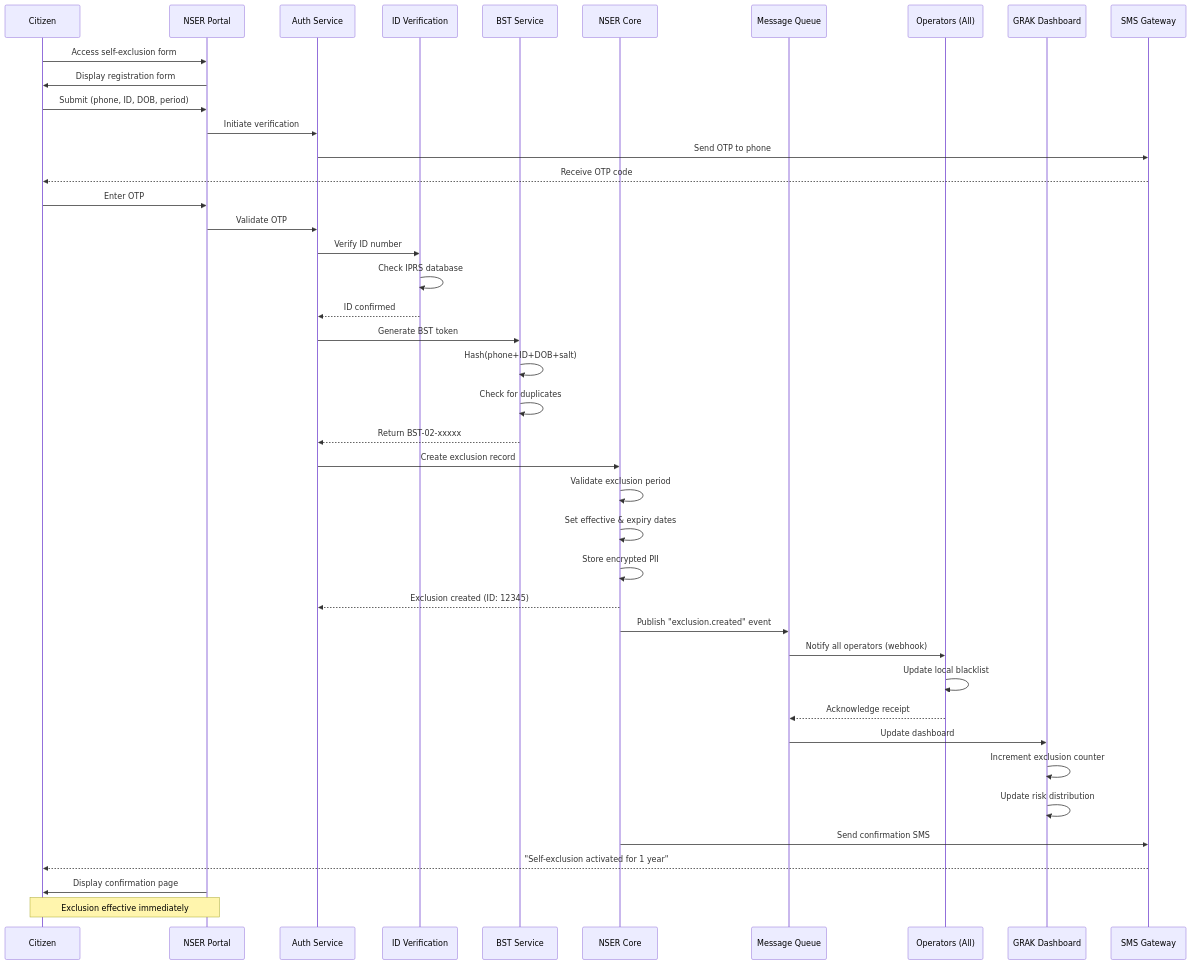
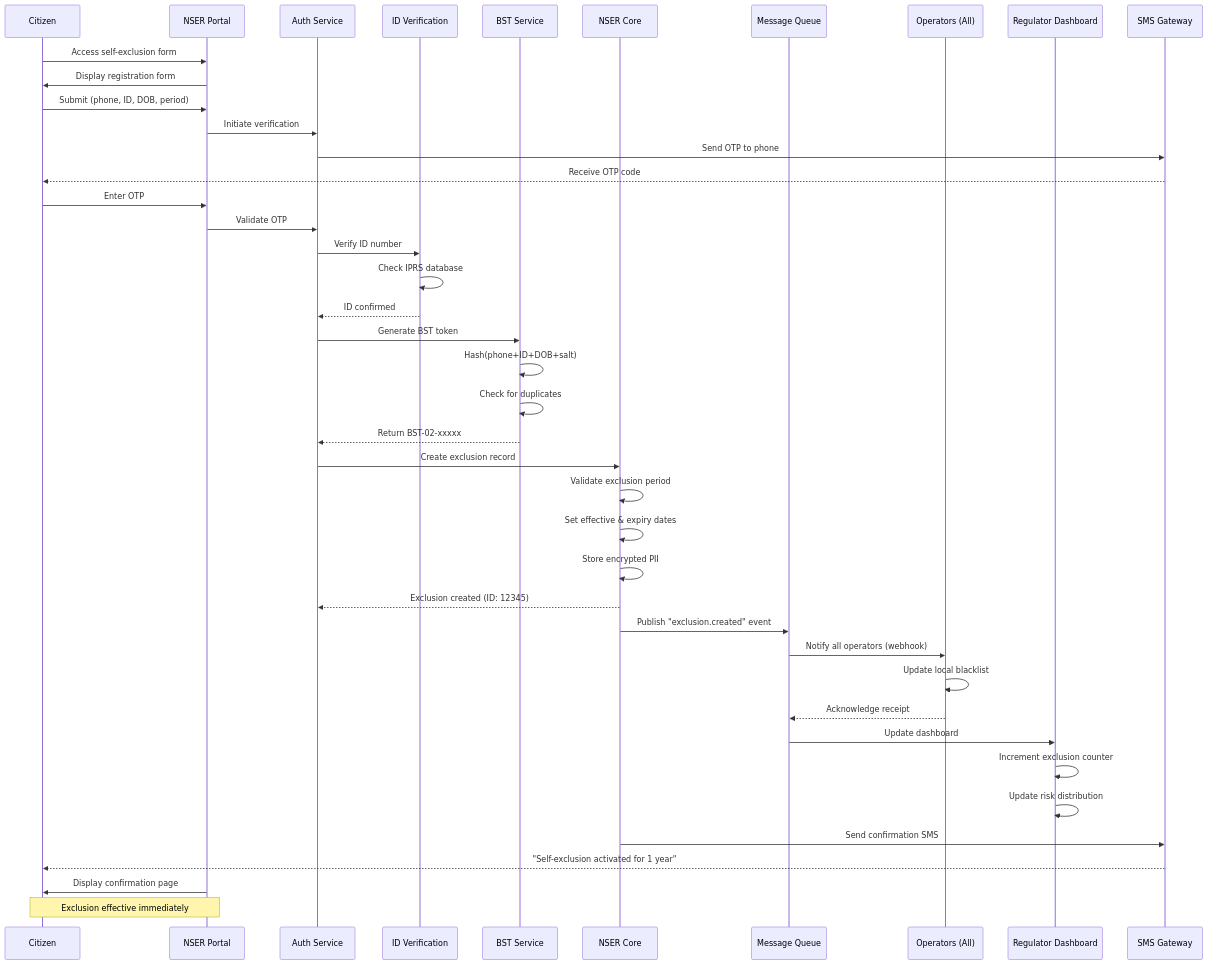
One commit to tomojanga/Bematore-NSER-RG changed the first of 9 diagrams in backend/docs/architecture/data-flow-diagrams.md. Above: the diagram before and after it, drawn with Mermaid. The commit also changed other lines of this file and 4 other files, not shown here.

````diff
--- a/backend/docs/architecture/data-flow-diagrams.md
+++ b/backend/docs/architecture/data-flow-diagrams.md
@@ -5,53 +5,53 @@
 ```mermaid
 sequenceDiagram
     participant User as Citizen
     participant Portal as NSER Portal
     participant Auth as Auth Service
     participant Verify as ID Verification
     participant BST as BST Service
     participant NSER as NSER Core
     participant Queue as Message Queue
     participant Ops as Operators (All)
-    participant GRAK as GRAK Dashboard
+    participant Regulator as Regulator Dashboard
     participant SMS as SMS Gateway
     
     User->>Portal: Access self-exclusion form
     Portal->>User: Display registration form
     
     User->>Portal: Submit (phone, ID, DOB, period)
     Portal->>Auth: Initiate verification
     Auth->>SMS: Send OTP to phone
     SMS-->>User: Receive OTP code
     
     User->>Portal: Enter OTP
     Portal->>Auth: Validate OTP
     Auth->>Verify: Verify ID number
     Verify->>Verify: Check IPRS database
     Verify-->>Auth: ID confirmed
     
     Auth->>BST: Generate BST token
     BST->>BST: Hash(phone+ID+DOB+salt)
     BST->>BST: Check for duplicates
     BST-->>Auth: Return BST-02-xxxxx
     
     Auth->>NSER: Create exclusion record
     NSER->>NSER: Validate exclusion period
     NSER->>NSER: Set effective & expiry dates
     NSER->>NSER: Store encrypted PII
     NSER-->>Auth: Exclusion created (ID: 12345)
     
     NSER->>Queue: Publish "exclusion.created" event
     Queue->>Ops: Notify all operators (webhook)
     Ops->>Ops: Update local blacklist
     Ops-->>Queue: Acknowledge receipt
     
-    Queue->>GRAK: Update dashboard
-    GRAK->>GRAK: Increment exclusion counter
-    GRAK->>GRAK: Update risk distribution
+    Queue->>Regulator: Update dashboard
+    Regulator->>Regulator: Increment exclusion counter
+    Regulator->>Regulator: Update risk distribution
     
     NSER->>SMS: Send confirmation SMS
     SMS-->>User: "Self-exclusion activated for 1 year"
     
     Portal->>User: Display confirmation page
     Note over User,Portal: Exclusion effective immediately
 ```
````
